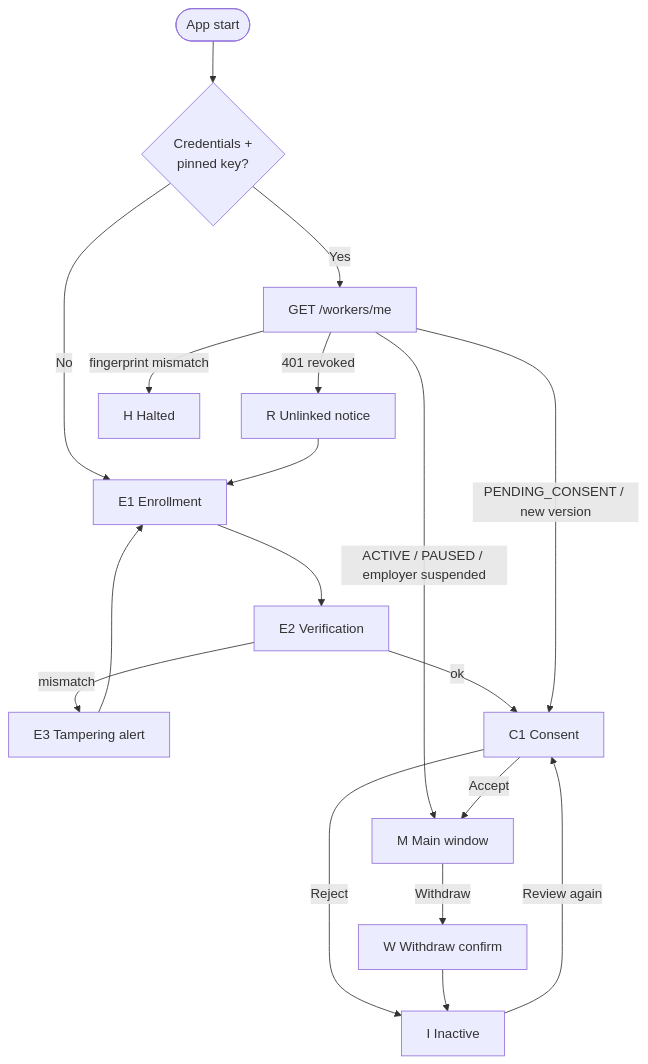
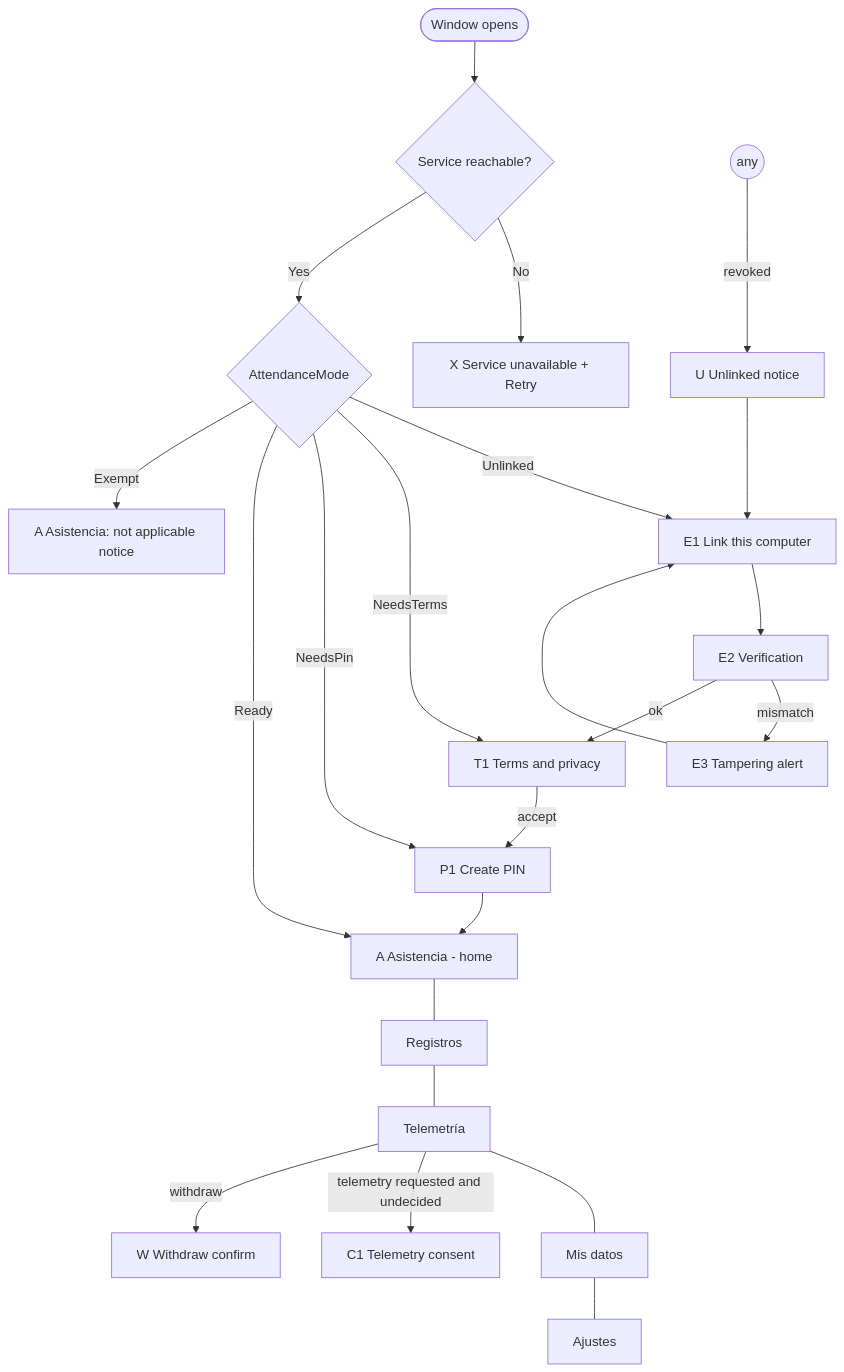
Before and after one commit to Demiannnnnn/blindmetrics-apps: the diagram in docs/worker-app-spec.md, drawn with Mermaid. The commit also changed other lines of this file and 32 other files, not shown here.

First line of the commit message:
docs: attendance pivot (Chile R38), legal texts, Tauri worker app split and v3 tasks

````diff
--- a/docs/worker-app-spec.md
+++ b/docs/worker-app-spec.md
@@ -12,18 +32,19 @@
 ```mermaid
 flowchart TD
-    Start([App start]) --> HasCreds{Credentials +<br/>pinned key?}
-    HasCreds -- No --> E1[E1 Enrollment]
-    HasCreds -- Yes --> Sync[GET /workers/me]
-    E1 --> E2[E2 Verification]
-    E2 -- mismatch --> E3[E3 Tampering alert]
-    E3 --> E1
-    E2 -- ok --> C1[C1 Consent]
-    Sync -- PENDING_CONSENT / new version --> C1
-    Sync -- ACTIVE / PAUSED / employer suspended --> M[M Main window]
-    Sync -- 401 revoked --> R[R Unlinked notice] --> E1
-    Sync -- fingerprint mismatch --> H[H Halted]
-    C1 -- Accept --> M
-    C1 -- Reject --> I[I Inactive]
-    I -- Review again --> C1
-    M -- Withdraw --> W[W Withdraw confirm] --> I
+    Start([Window opens]) --> Conn{Service reachable?}
+    Conn -- No --> X[X Service unavailable + Retry]
+    Conn -- Yes --> Mode{AttendanceMode}
+    Mode -- Unlinked --> E1[E1 Link this computer]
+    E1 --> E2[E2 Verification] -- mismatch --> E3[E3 Tampering alert] --> E1
+    E2 -- ok --> T1[T1 Terms and privacy]
+    Mode -- NeedsTerms --> T1
+    T1 -- accept --> P1[P1 Create PIN]
+    Mode -- NeedsPin --> P1
+    P1 --> A[A Asistencia - home]
+    Mode -- Ready --> A
+    Mode -- Exempt --> AX[A Asistencia: not applicable notice]
+    A --- R[Registros] --- TL[Telemetría] --- D[Mis datos] --- S[Ajustes]
+    TL -- telemetry requested and undecided --> C1[C1 Telemetry consent]
+    TL -- withdraw --> W[W Withdraw confirm]
+    Any((any)) -- revoked --> U[U Unlinked notice] --> E1
 ```
````
